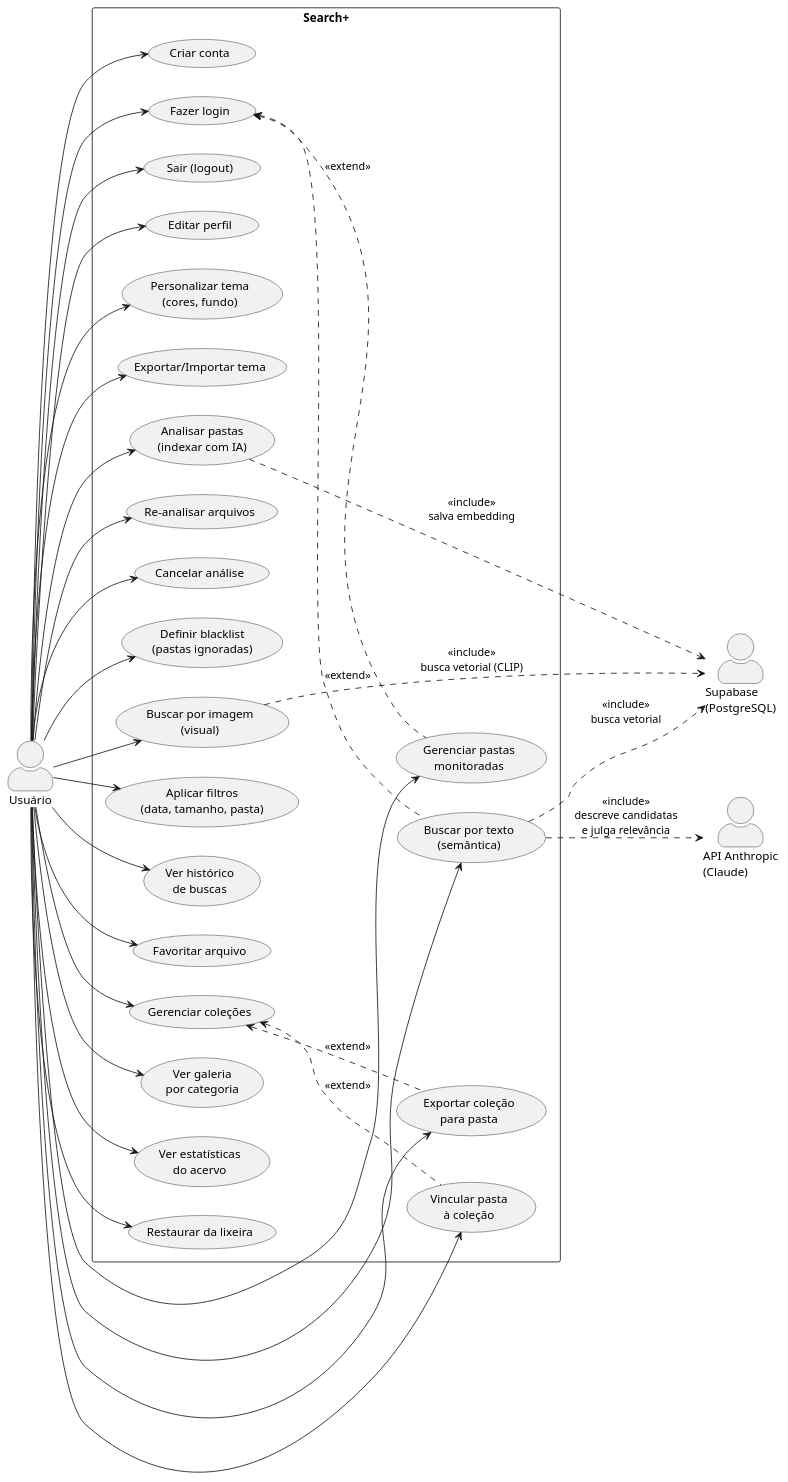
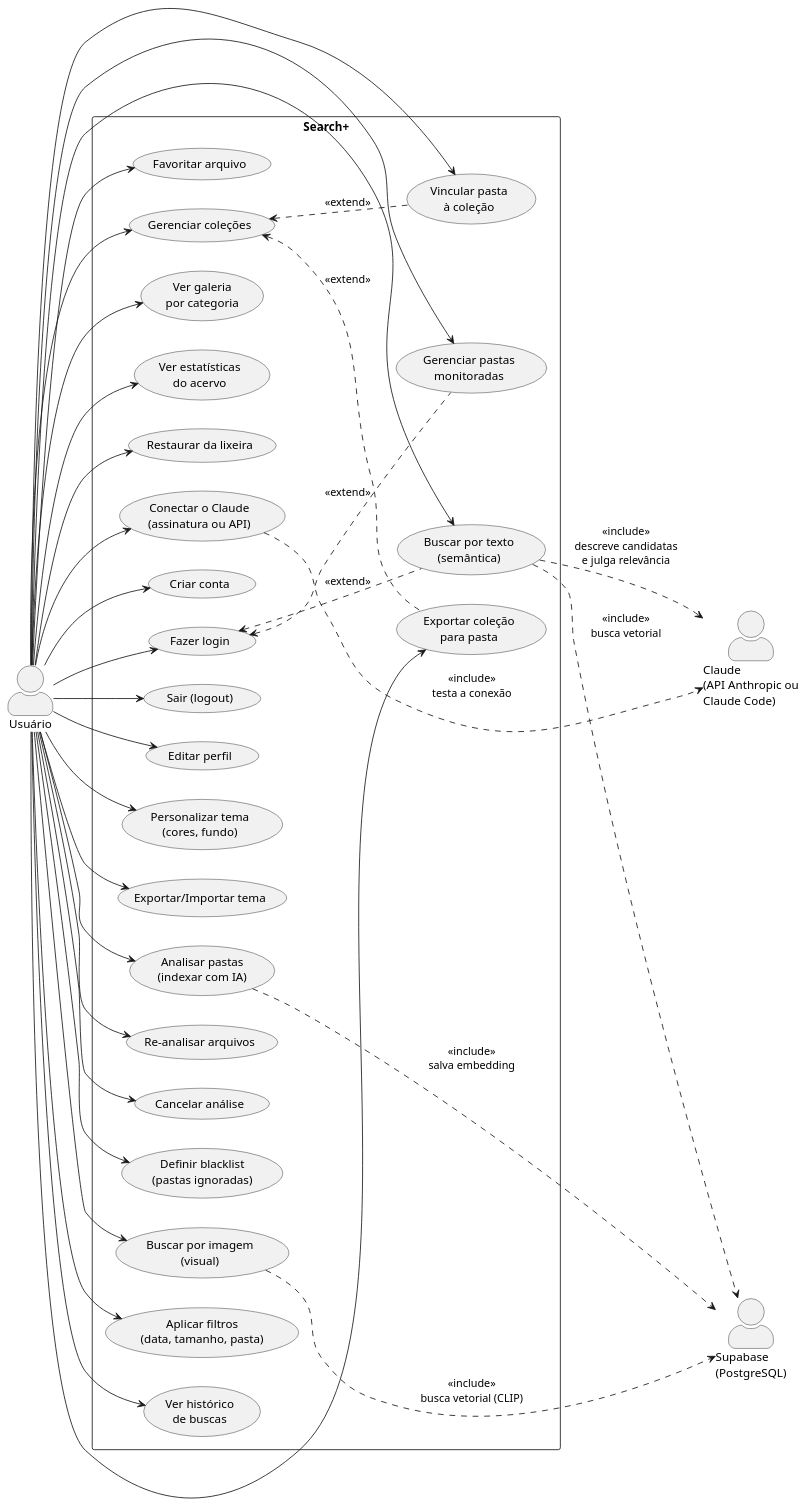
The diagram in docs/01-casos-de-uso.puml (itallolugon/SearchPlus-App), drawn with PlantUML before and after one commit. The commit also changed 5 other files, not shown here.

First line of the commit message:
docs: gera as imagens dos diagramas e inclui a conexão com o Claude nos casos de uso

```diff
--- a/docs/01-casos-de-uso.puml
+++ b/docs/01-casos-de-uso.puml
@@ -1,85 +1,90 @@
 @startuml CasosDeUso_SearchPlus
 ' Diagrama de Casos de Uso — Search+
 ' Renderize em: https://www.plantuml.com/plantuml  (ou extensão PlantUML no VS Code)
 left to right direction
 skinparam packageStyle rectangle
 skinparam actorStyle awesome
 
 actor "Usuário" as U
 
 ' Atores secundários (sistemas externos)
-actor "API Anthropic\n(Claude)" as IA
+actor "Claude\n(API Anthropic ou\nClaude Code)" as IA
 actor "Supabase\n(PostgreSQL)" as DB
 
 rectangle "Search+" {
 
   ' --- Conta ---
   usecase "Criar conta" as UC1
   usecase "Fazer login" as UC2
   usecase "Sair (logout)" as UC3
   usecase "Editar perfil" as UC4
   usecase "Personalizar tema\n(cores, fundo)" as UC5
   usecase "Exportar/Importar tema" as UC6
 
   ' --- Pastas e indexação ---
   usecase "Gerenciar pastas\nmonitoradas" as UC7
   usecase "Analisar pastas\n(indexar com IA)" as UC8
   usecase "Re-analisar arquivos" as UC9
   usecase "Cancelar análise" as UC10
   usecase "Definir blacklist\n(pastas ignoradas)" as UC11
 
   ' --- Busca ---
   usecase "Buscar por texto\n(semântica)" as UC12
   usecase "Buscar por imagem\n(visual)" as UC13
   usecase "Aplicar filtros\n(data, tamanho, pasta)" as UC14
   usecase "Ver histórico\nde buscas" as UC15
 
   ' --- Organização ---
   usecase "Favoritar arquivo" as UC16
   usecase "Gerenciar coleções" as UC17
   usecase "Ver galeria\npor categoria" as UC18
   usecase "Ver estatísticas\ndo acervo" as UC19
   usecase "Exportar coleção\npara pasta" as UC20
   usecase "Vincular pasta\nà coleção" as UC21
   usecase "Restaurar da lixeira" as UC22
+
+  ' --- Configuração ---
+  usecase "Conectar o Claude\n(assinatura ou API)" as UC23
 }
 
 ' Relações do usuário
 U --> UC1
 U --> UC2
 U --> UC3
 U --> UC4
 U --> UC5
 U --> UC6
 U --> UC7
 U --> UC8
 U --> UC9
 U --> UC10
 U --> UC11
 U --> UC12
 U --> UC13
 U --> UC14
 U --> UC15
 U --> UC16
 U --> UC17
 U --> UC18
 U --> UC19
 U --> UC20
 U --> UC21
 U --> UC22
+U --> UC23
 
 ' Indexação lazy: indexar só gera embeddings locais (CLIP/SBERT) e grava no
 ' banco. A IA de visão entra na BUSCA, descrevendo as imagens candidatas
 ' ainda sem descrição e julgando quais resultados correspondem.
 UC8 ..> DB : <<include>>\nsalva embedding
 UC12 ..> DB : <<include>>\nbusca vetorial
 UC12 ..> IA : <<include>>\ndescreve candidatas\ne julga relevância
 UC13 ..> DB : <<include>>\nbusca vetorial (CLIP)
+UC23 ..> IA : <<include>>\ntesta a conexão
 UC17 <.. UC20 : <<extend>>
 UC17 <.. UC21 : <<extend>>
 
 ' Login é pré-requisito das funcionalidades internas
 UC2 <.. UC7 : <<extend>>
 UC2 <.. UC12 : <<extend>>
 
 @enduml
```
